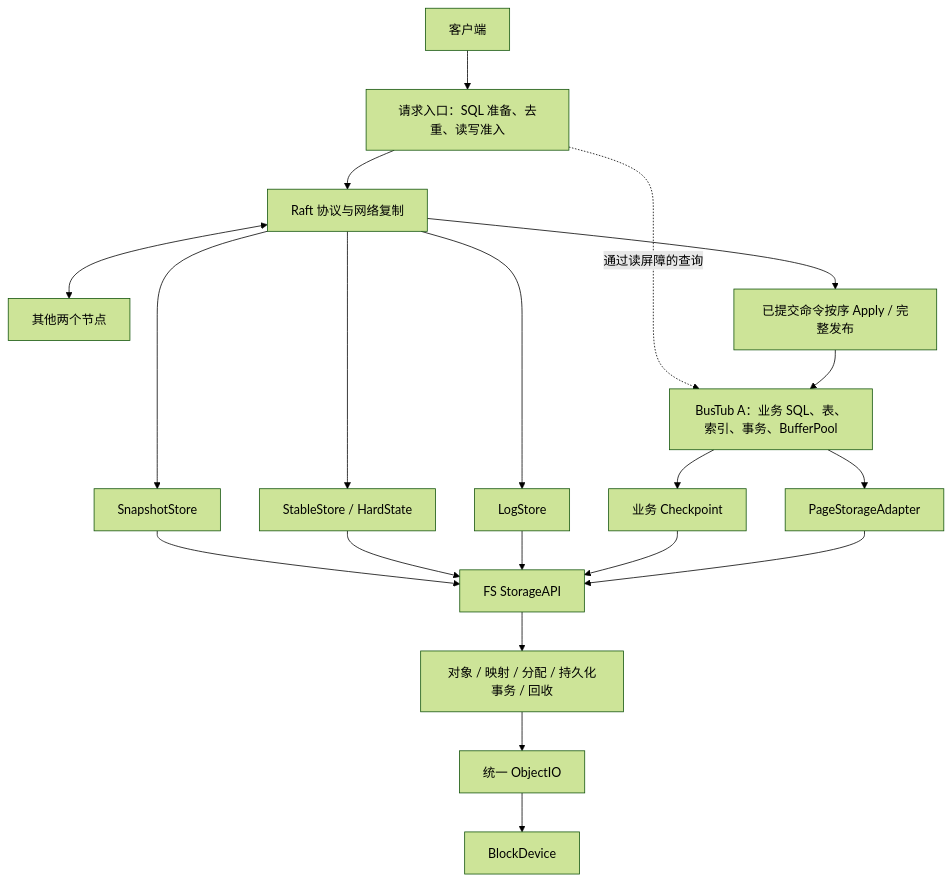
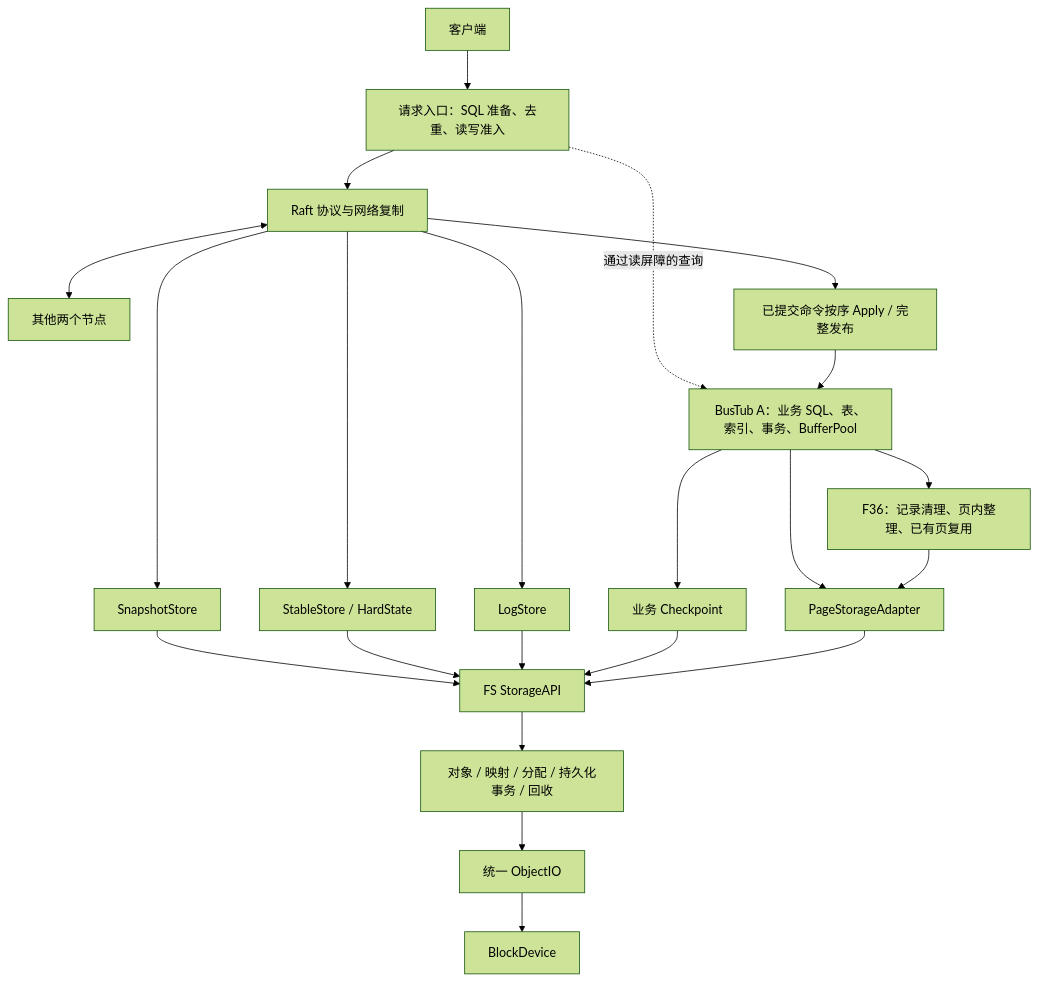
Before and after one commit to qwzx-qwas/bustub-20241207-2024fall: the first of 2 diagrams in docs/storage_redesign/README.md, drawn with Mermaid (forest theme). The commit also changed other lines of this file and 156 other files, not shown here.

````diff
--- a/docs/storage_redesign/README.md
+++ b/docs/storage_redesign/README.md
@@ -104,22 +112,24 @@
 ```mermaid
 flowchart TB
     Client["客户端"] --> Access["请求入口：SQL 准备、去重、读写准入"]
     Access --> Raft["Raft 协议与网络复制"]
     Raft <--> Peers["其他两个节点"]
     Raft --> Apply["已提交命令按序 Apply / 完整发布"]
     Apply --> A["BusTub A：业务 SQL、表、索引、事务、BufferPool"]
+    A --> Space["F36：记录清理、页内整理、已有页复用"]
+    Space --> Page
     Access -. "通过读屏障的查询" .-> A
     Raft --> Logs["LogStore"]
     Raft --> Stable["StableStore / HardState"]
     Raft --> Snap["SnapshotStore"]
     A --> Page["PageStorageAdapter"]
     A --> DBCP["业务 Checkpoint"]
     Page --> API["FS StorageAPI"]
     DBCP --> API
     Logs --> API
     Stable --> API
     Snap --> API
     API --> FS["对象 / 映射 / 分配 / 持久化事务 / 回收"]
     FS --> OIO["统一 ObjectIO"]
     OIO --> Device["BlockDevice"]
 ```
````
